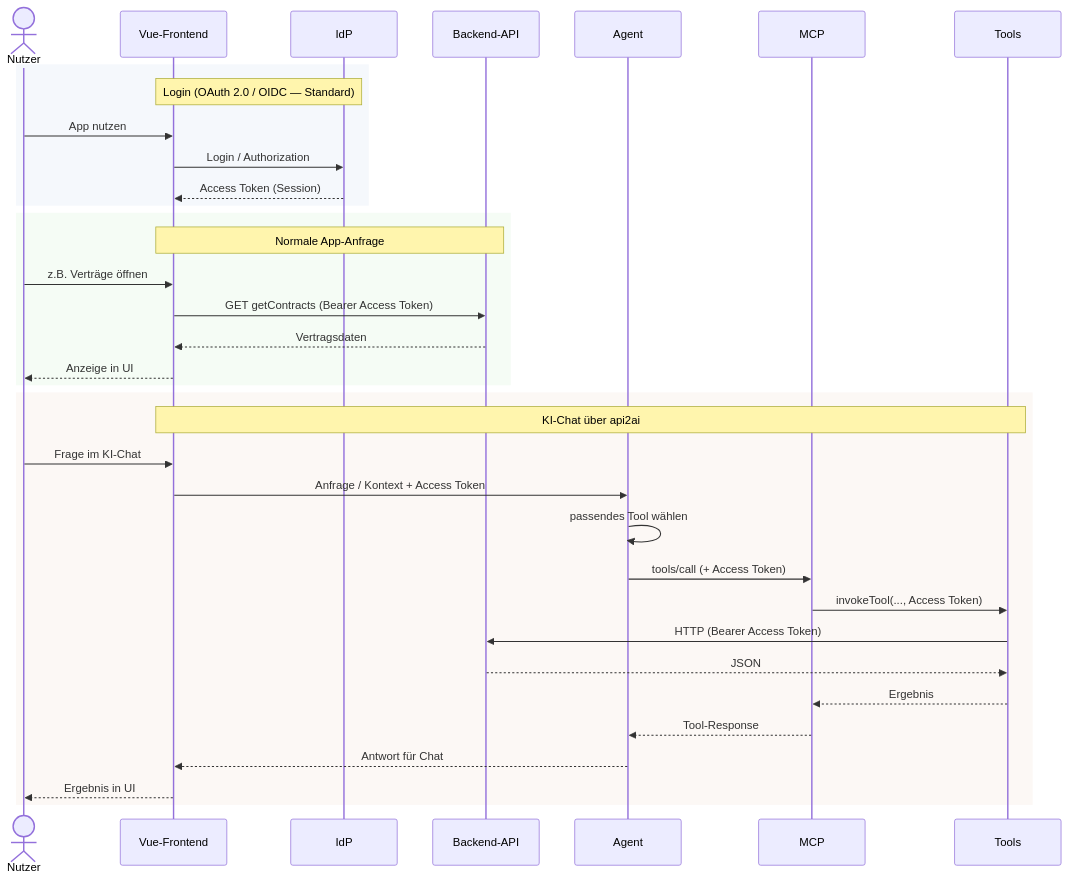
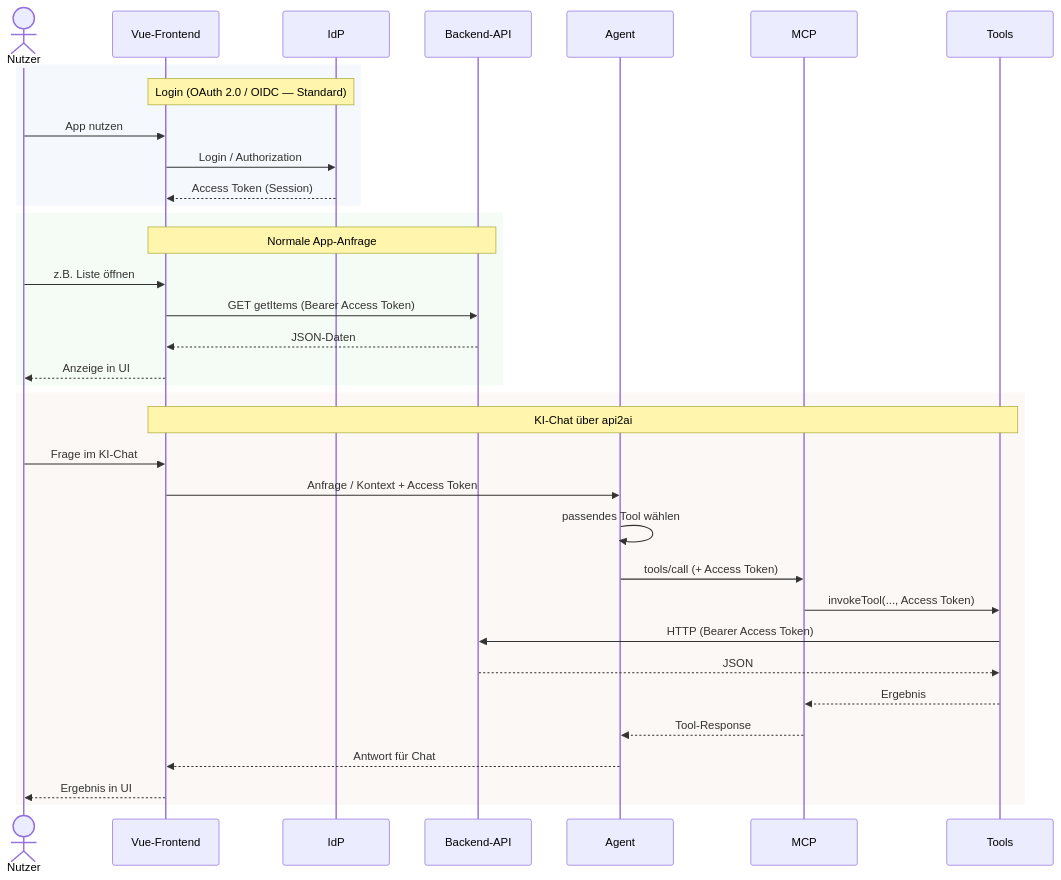
Before and after one commit to annettedorothea/api2ai: the diagram in docs/images/02-runtime-vue-tools.mmd, drawn with Mermaid. The commit also changed 8 other files, not shown here.

Commit message:
docs: neutral examples wording, local mcp.json from example, improve api2ai rule

```diff
--- a/docs/images/02-runtime-vue-tools.mmd
+++ b/docs/images/02-runtime-vue-tools.mmd
@@ -1,38 +1,38 @@
 sequenceDiagram
   actor Nutzer as Nutzer
   participant Vue as Vue-Frontend
   participant IdP as IdP
   participant API as Backend-API
   participant Agent as Agent
   participant MCP as MCP
   participant Tools as Tools
 
   rect rgb(245, 248, 252)
     Note over Vue, IdP: Login (OAuth 2.0 / OIDC — Standard)
     Nutzer->>Vue: App nutzen
     Vue->>IdP: Login / Authorization
     IdP-->>Vue: Access Token (Session)
   end
 
   rect rgb(245, 252, 245)
     Note over Vue, API: Normale App-Anfrage
-    Nutzer->>Vue: z.B. Verträge öffnen
-    Vue->>API: GET getContracts (Bearer Access Token)
-    API-->>Vue: Vertragsdaten
+    Nutzer->>Vue: z.B. Liste öffnen
+    Vue->>API: GET getItems (Bearer Access Token)
+    API-->>Vue: JSON-Daten
     Vue-->>Nutzer: Anzeige in UI
   end
 
   rect rgb(252, 248, 245)
     Note over Vue, Tools: KI-Chat über api2ai
     Nutzer->>Vue: Frage im KI-Chat
     Vue->>Agent: Anfrage / Kontext + Access Token
     Agent->>Agent: passendes Tool wählen
     Agent->>MCP: tools/call (+ Access Token)
     MCP->>Tools: invokeTool(..., Access Token)
     Tools->>API: HTTP (Bearer Access Token)
     API-->>Tools: JSON
     Tools-->>MCP: Ergebnis
     MCP-->>Agent: Tool-Response
     Agent-->>Vue: Antwort für Chat
     Vue-->>Nutzer: Ergebnis in UI
   end
```
